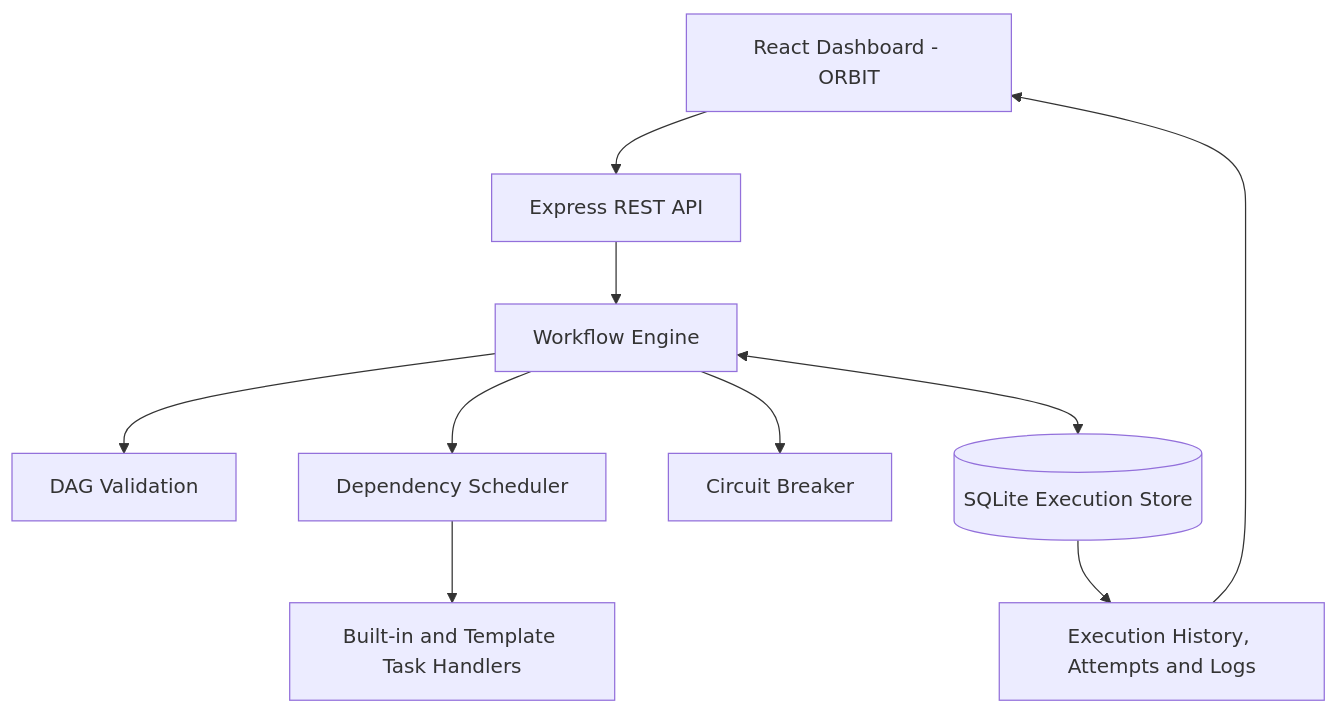
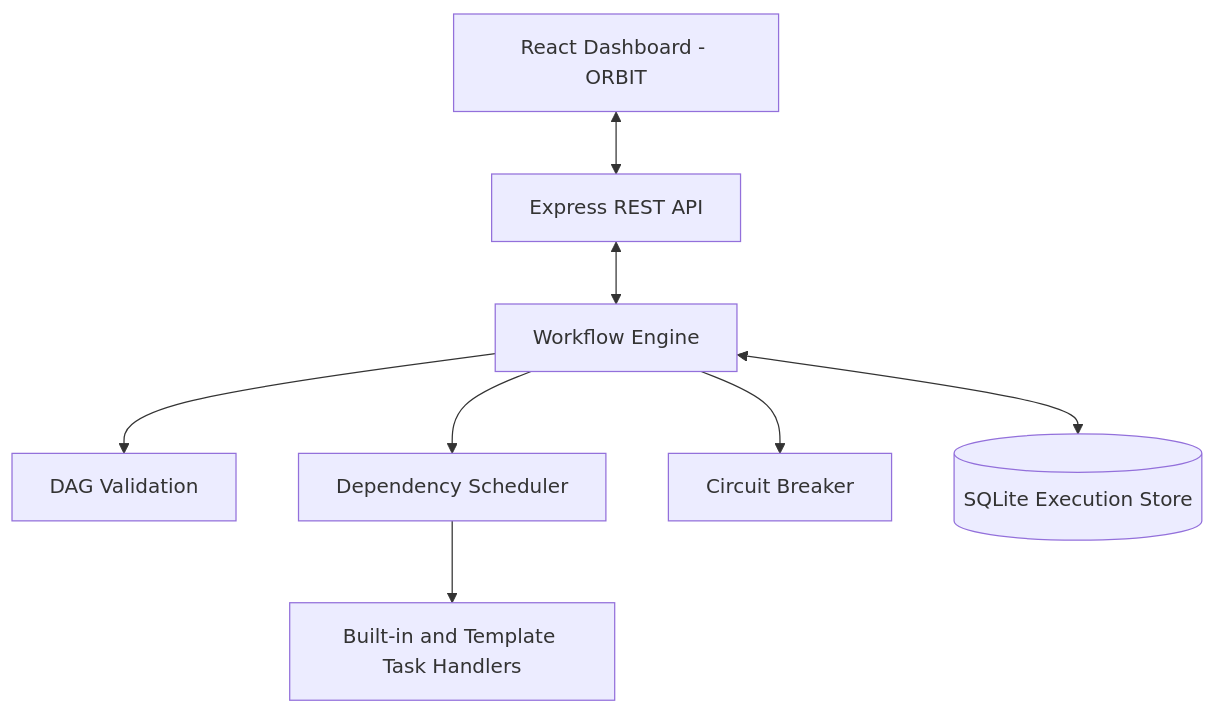
One commit to SahilJMirchandani/Resilient-DAG-Orchestrator-SSD-Micro-Project changed the diagram in README.md. Above: the diagram before and after it, drawn with Mermaid. The commit also changed other lines of this file, not shown here.

````diff
--- a/README.md
+++ b/README.md
@@ -69,12 +69,10 @@
 ```mermaid
 flowchart TD
-    UI[React Dashboard - ORBIT] --> API[Express REST API]
-    API --> ENGINE[Workflow Engine]
+    UI[React Dashboard - ORBIT] <--> API[Express REST API]
+    API <--> ENGINE[Workflow Engine]
     ENGINE --> VALIDATOR[DAG Validation]
     ENGINE --> SCHEDULER[Dependency Scheduler]
     SCHEDULER --> HANDLERS[Built-in and Template Task Handlers]
     ENGINE --> BREAKER[Circuit Breaker]
     ENGINE <--> STORE[(SQLite Execution Store)]
-    STORE --> HISTORY[Execution History, Attempts and Logs]
-    HISTORY --> UI
 ```
````
